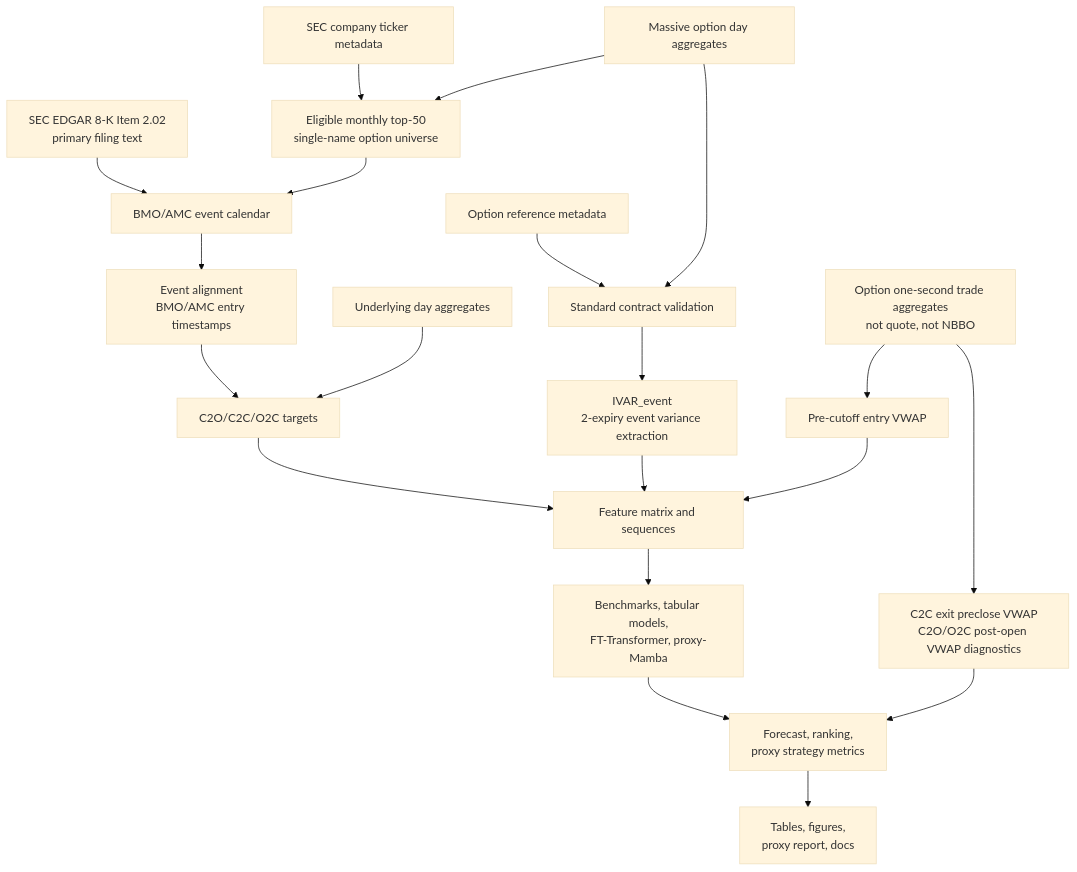
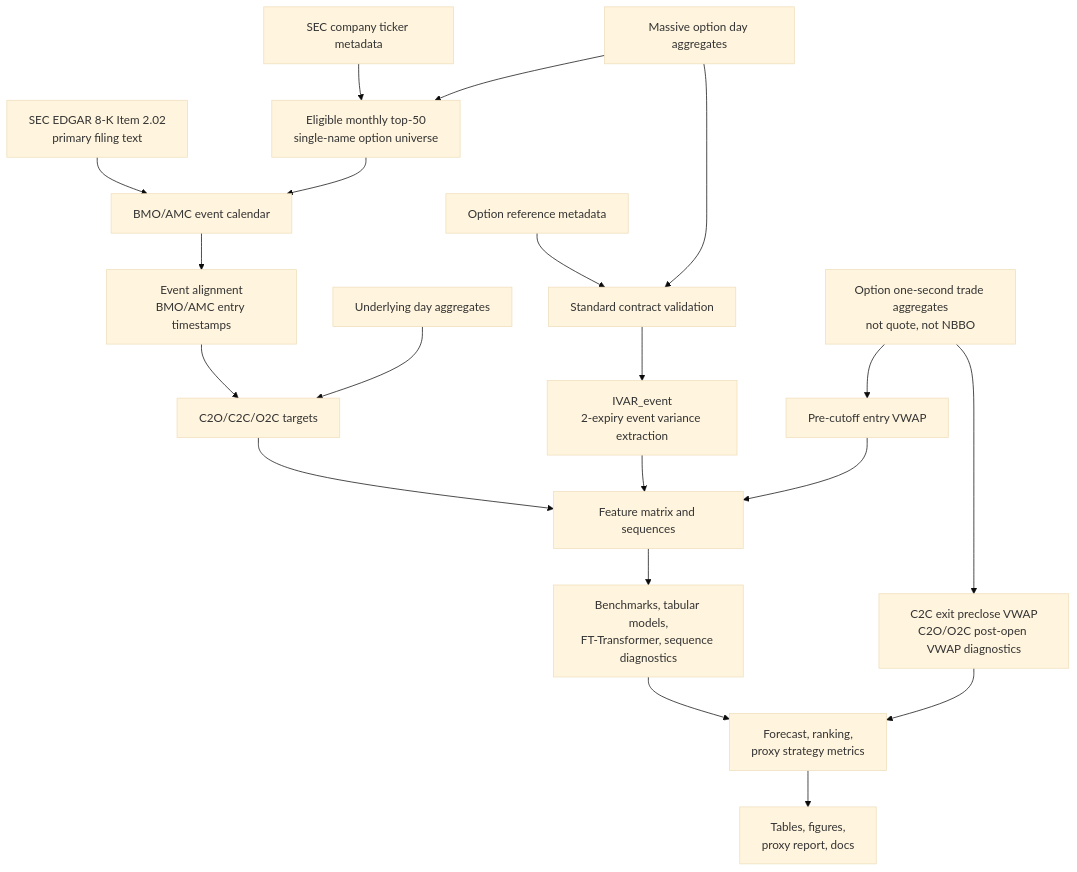
Before and after one commit to TY-Cheng/earnings-event-vol: the diagram in docs/paper_plan.md, drawn with Mermaid (base theme). The commit also changed other lines of this file and 19 other files, not shown here.

First line of the commit message:
Add sequence diagnostics and mamba support

````diff
--- a/docs/paper_plan.md
+++ b/docs/paper_plan.md
@@ -196,22 +198,22 @@
 ```mermaid
 flowchart TB
   sec["SEC EDGAR 8-K Item 2.02\nprimary filing text"] --> cal["BMO/AMC event calendar"]
   secmeta["SEC company ticker metadata"] --> universe["Eligible monthly top-50\nsingle-name option universe"]
   optday["Massive option day aggregates"] --> universe
   universe --> cal
   cal --> align["Event alignment\nBMO/AMC entry timestamps"]
   stockday["Underlying day aggregates"] --> targets["C2O/C2C/O2C targets"]
   align --> targets
   optref["Option reference metadata"] --> contracts["Standard contract validation"]
   optday --> contracts
   contracts --> ivar["IVAR_event\n2-expiry event variance extraction"]
   optsec["Option one-second trade aggregates\nnot quote, not NBBO"] --> entry["Pre-cutoff entry VWAP"]
   optsec --> exit["C2C exit preclose VWAP\nC2O/O2C post-open VWAP diagnostics"]
   ivar --> features["Feature matrix and sequences"]
   targets --> features
   entry --> features
-  features --> models["Benchmarks, tabular models,\nFT-Transformer, proxy-Mamba"]
+  features --> models["Benchmarks, tabular models,\nFT-Transformer, sequence diagnostics"]
   models --> metrics["Forecast, ranking,\nproxy strategy metrics"]
   exit --> metrics
   metrics --> docs["Tables, figures,\nproxy report, docs"]
 ```
````
